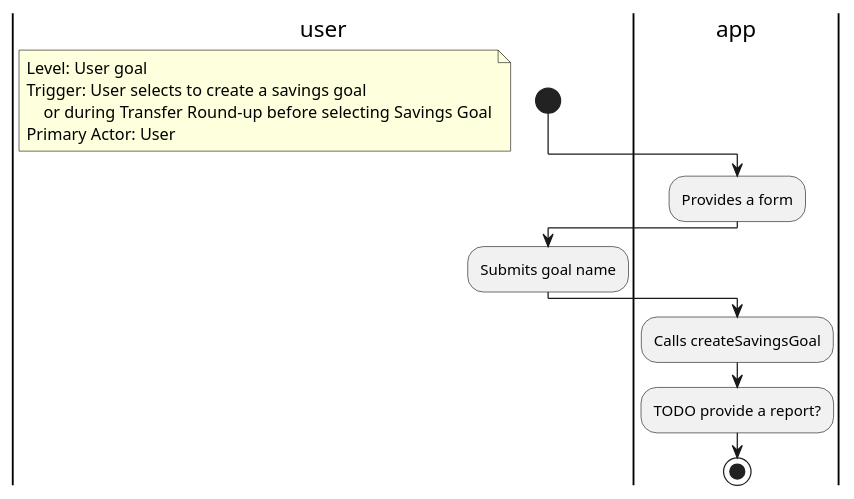
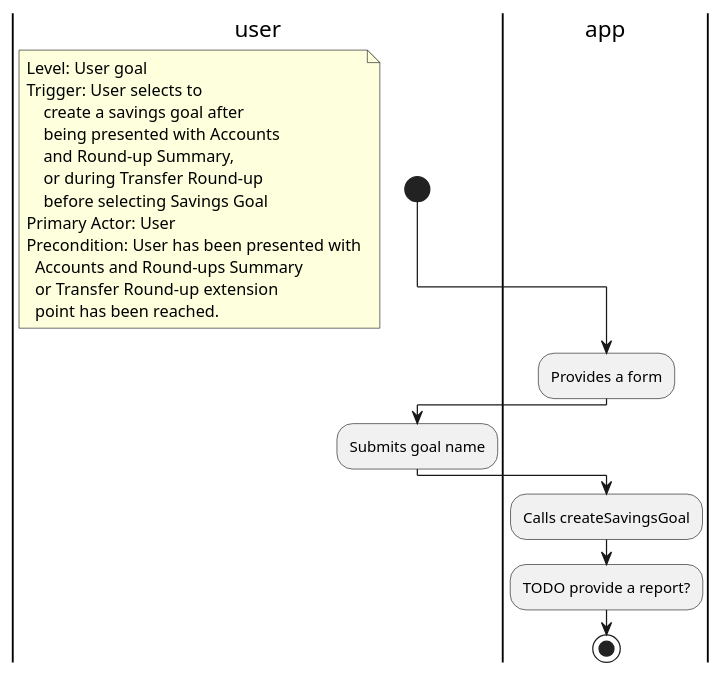
Before and after one commit to hristo-stefanov/MiniBankingDemo: the diagram in diagrams/User Goal/Create Savings Goal Activity Diagram.puml, drawn with PlantUML. The commit also changed 2 other files, not shown here.

Commit message:
Restructure diagrams

```diff
--- a/diagrams/User Goal/Create Savings Goal Activity Diagram.puml
+++ b/diagrams/User Goal/Create Savings Goal Activity Diagram.puml
@@ -1,25 +1,33 @@
 @startuml
 'https://plantuml.com/activity-diagram-beta
 
 |user|
 start
 
 'This is the case of "Two levels of blue"
 floating note left
 Level: User goal
-Trigger: User selects to create a savings goal
-    or during Transfer Round-up before selecting Savings Goal
+Trigger: User selects to
+    create a savings goal after
+    being presented with Accounts
+    and Round-up Summary,
+    or during Transfer Round-up
+    before selecting Savings Goal
 Primary Actor: User
+Precondition: User has been presented with
+  Accounts and Round-ups Summary
+  or Transfer Round-up extension
+  point has been reached.
 end note
 
 |app|
 :Provides a form;
 |user|
 :Submits goal name;
 |app|
 :Calls createSavingsGoal;
 :TODO provide a report?;
 
 stop
 
 @enduml
```
